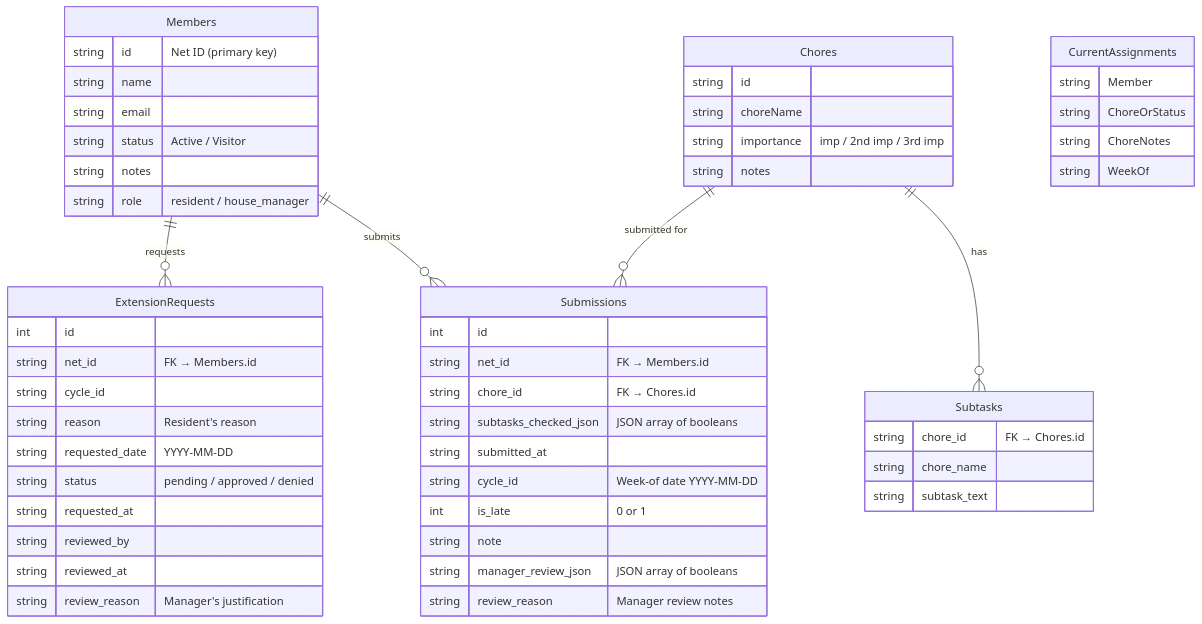
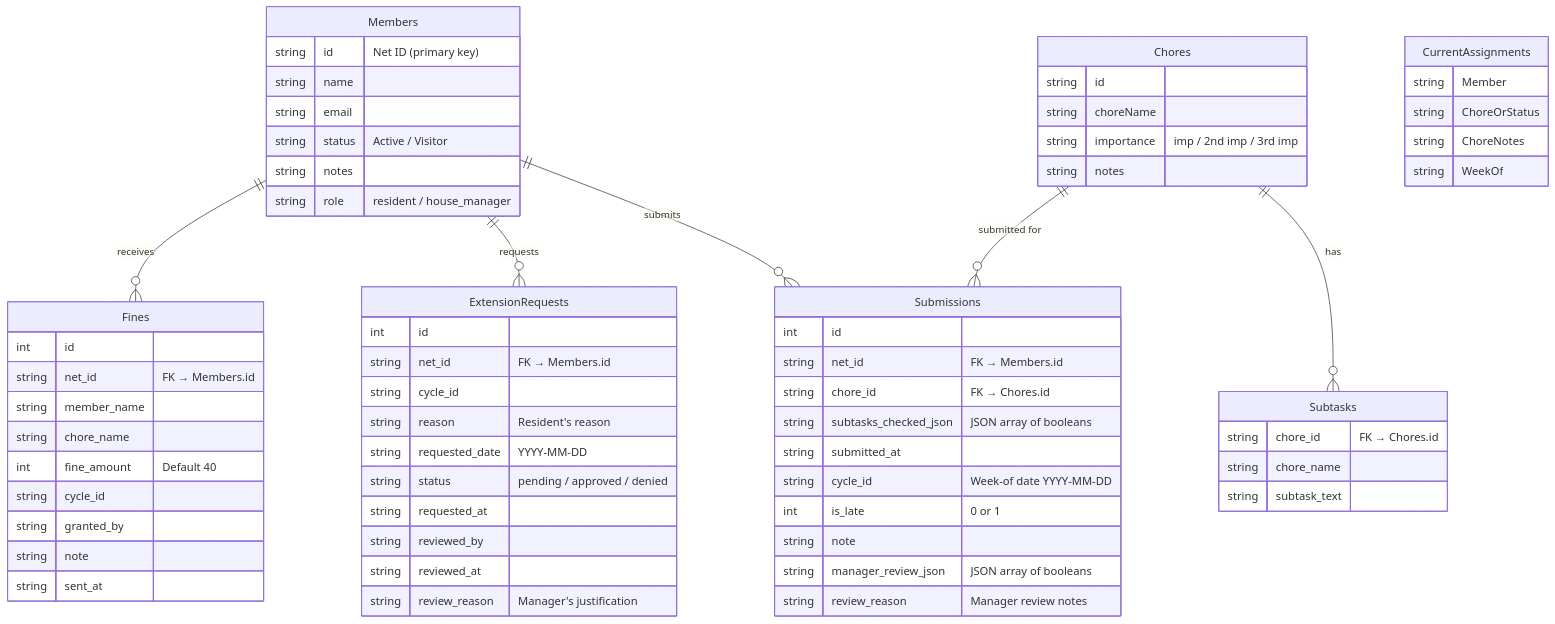
Before and after one commit to gaithaca/chores: the second of 3 diagrams in README.md, drawn with Mermaid. The commit also changed other lines of this file, not shown here.

Commit message:
docs: Detail email notifications, document Fines sheet and functionality, and enhance submission review instructions.

````diff
--- a/README.md
+++ b/README.md
@@ -120,57 +128,69 @@
 ```mermaid
 erDiagram
     Members {
         string id "Net ID (primary key)"
         string name
         string email
         string status "Active / Visitor"
         string notes
         string role "resident / house_manager"
     }
     Chores {
         string id
         string choreName
         string importance "imp / 2nd imp / 3rd imp"
         string notes
     }
     Subtasks {
         string chore_id "FK → Chores.id"
         string chore_name
         string subtask_text
     }
     Submissions {
         int id
         string net_id "FK → Members.id"
         string chore_id "FK → Chores.id"
         string subtasks_checked_json "JSON array of booleans"
         string submitted_at
         string cycle_id "Week-of date YYYY-MM-DD"
         int is_late "0 or 1"
         string note
         string manager_review_json "JSON array of booleans"
         string review_reason "Manager review notes"
     }
     ExtensionRequests {
         int id
         string net_id "FK → Members.id"
         string cycle_id
         string reason "Resident's reason"
         string requested_date "YYYY-MM-DD"
         string status "pending / approved / denied"
         string requested_at
         string reviewed_by
         string reviewed_at
         string review_reason "Manager's justification"
     }
+    Fines {
+        int id
+        string net_id "FK → Members.id"
+        string member_name
+        string chore_name
+        int fine_amount "Default 40"
+        string cycle_id
+        string granted_by
+        string note
+        string sent_at
+    }
     CurrentAssignments {
         string Member
         string ChoreOrStatus
         string ChoreNotes
         string WeekOf
     }
 
     Members ||--o{ Submissions : submits
     Members ||--o{ ExtensionRequests : requests
+    Members ||--o{ Fines : receives
     Chores ||--o{ Subtasks : has
     Chores ||--o{ Submissions : "submitted for"
 ```
````
